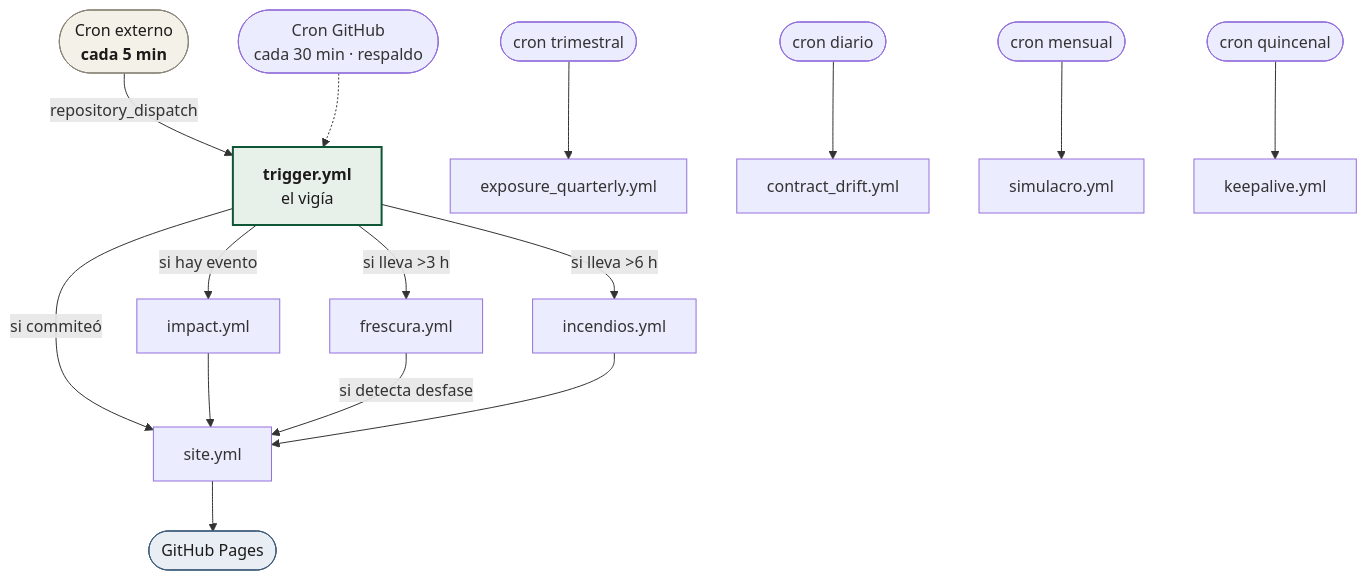
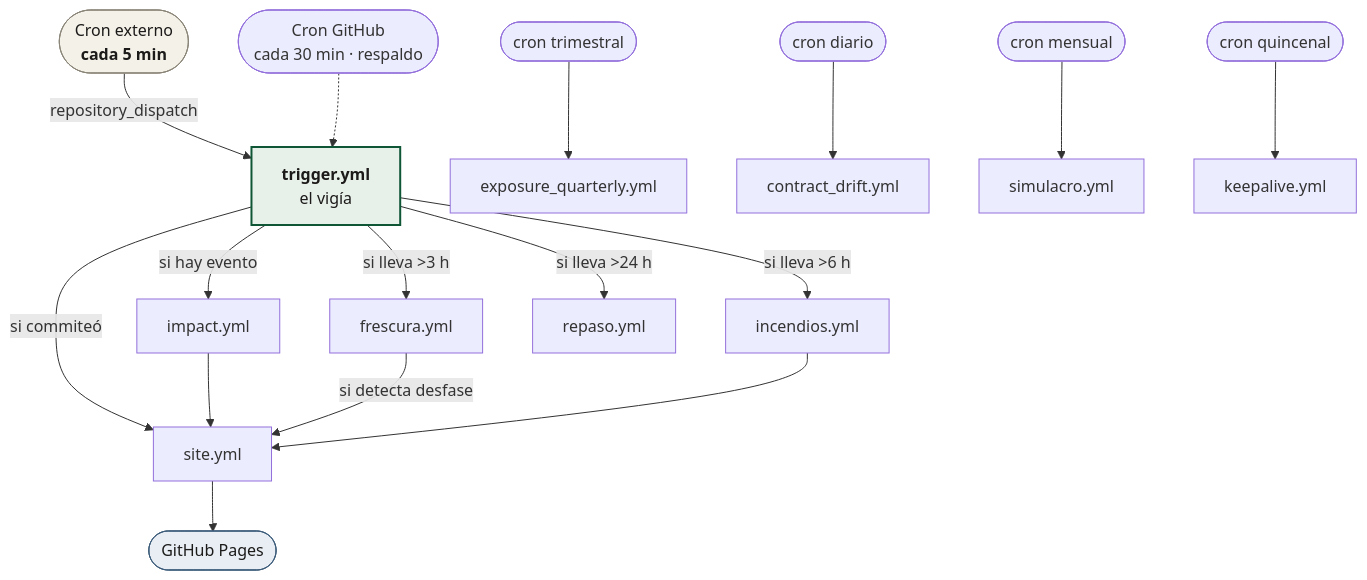
The diagram in docs/acciones/README.md (sforero77/CENTINELA), drawn with Mermaid before and after one commit. The commit also changed other lines of this file and 10 other files, not shown here.

````diff
--- a/docs/acciones/README.md
+++ b/docs/acciones/README.md
@@ -33,27 +34,28 @@
 ```mermaid
 flowchart TB
   EXT(["Cron externo<br/><b>cada 5 min</b>"]) -->|repository_dispatch| TRIG
   INT(["Cron GitHub<br/>cada 30 min · respaldo"]) -.-> TRIG
 
   TRIG["<b>trigger.yml</b><br/>el vigía"]
 
   TRIG -->|"si hay evento"| IMP["impact.yml"]
   TRIG -->|"si lleva &gt;3 h"| FRE["frescura.yml"]
   TRIG -->|"si lleva &gt;6 h"| INC["incendios.yml"]
+  TRIG -->|"si lleva &gt;24 h"| REP["repaso.yml"]
   TRIG -->|"si commiteó"| SIT["site.yml"]
 
   IMP --> SIT
   FRE -->|"si detecta desfase"| SIT
   INC --> SIT
 
   SIT --> PAGES(["GitHub Pages"])
 
   CQ(["cron trimestral"]) --> EXQ["exposure_quarterly.yml"]
   CD(["cron diario"]) --> DRIFT["contract_drift.yml"]
   CM(["cron mensual"]) --> SIM["simulacro.yml"]
   CK(["cron quincenal"]) --> KEEP["keepalive.yml"]
 
   style TRIG fill:#e8f0ea,stroke:#0f5636,stroke-width:2px,color:#1c1b1a
   style EXT fill:#f4f1e8,stroke:#8a8578,color:#1c1b1a
   style PAGES fill:#e8eef4,stroke:#3a5a78,color:#1c1b1a
 ```
````
